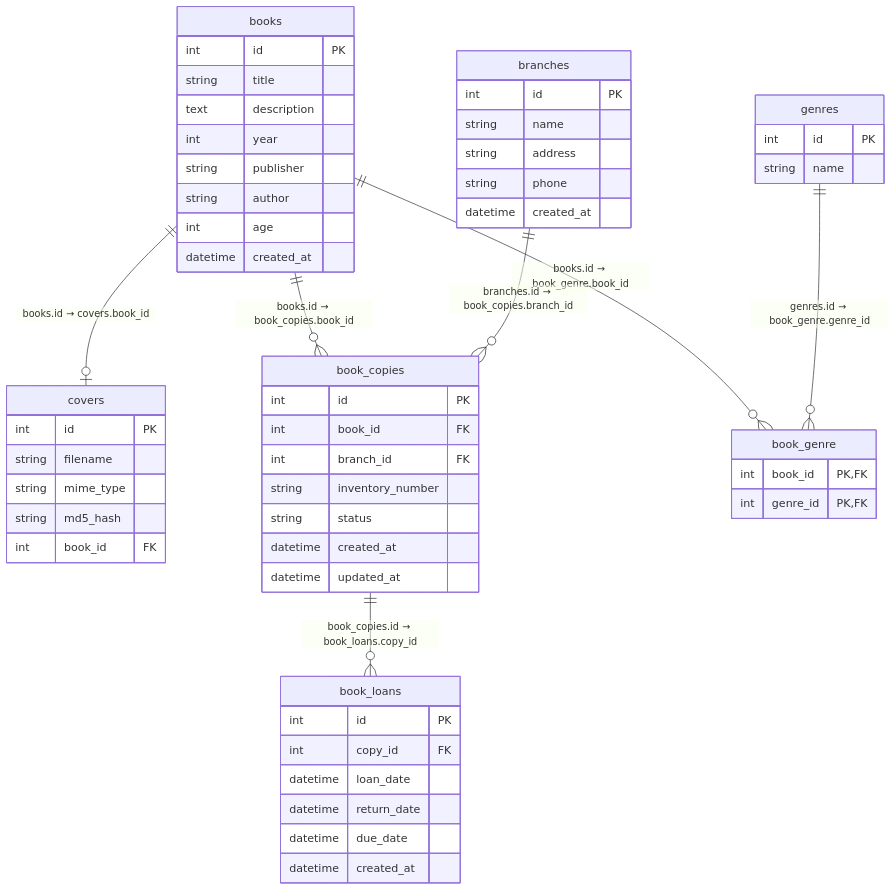
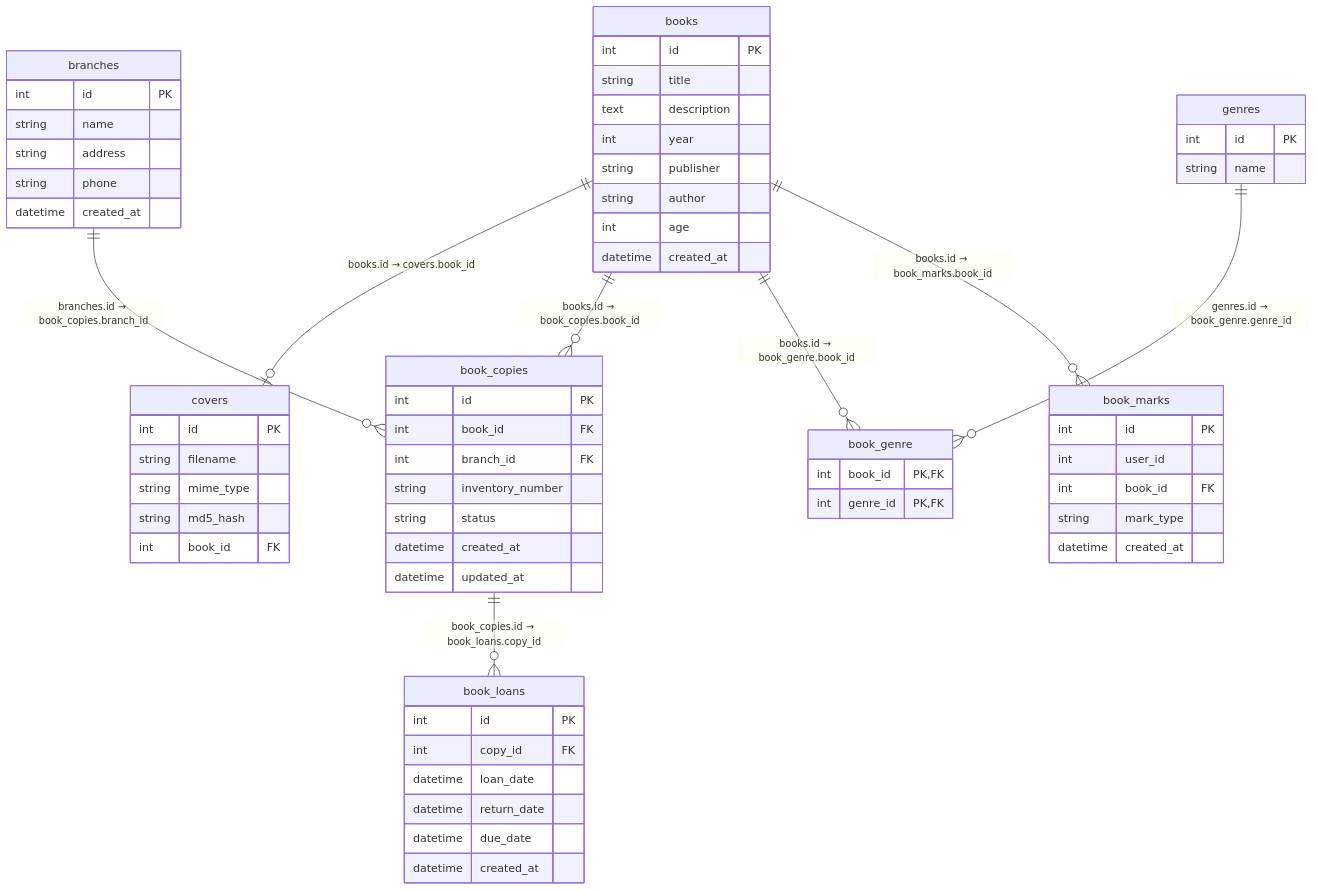
The first of 2 diagrams in README.md (KolesnikovaIrina412/DevOps), drawn with Mermaid before and after one commit. The commit also changed other lines of this file and 2 other files, not shown here.

````diff
--- a/README.md
+++ b/README.md
@@ -248,65 +288,74 @@
 ```mermaid
 erDiagram
     books ||--o| covers : "books.id → covers.book_id"
     books ||--o{ book_copies : "books.id → book_copies.book_id"
     books ||--o{ book_genre : "books.id → book_genre.book_id"
+    books ||--o{ book_marks : "books.id → book_marks.book_id"
     genres ||--o{ book_genre : "genres.id → book_genre.genre_id"
     branches ||--o{ book_copies : "branches.id → book_copies.branch_id"
     book_copies ||--o{ book_loans : "book_copies.id → book_loans.copy_id"
 
     books {
         int id PK
         string title
         text description
         int year
         string publisher
         string author
         int age
         datetime created_at
     }
 
     covers {
         int id PK
         string filename
         string mime_type
         string md5_hash
         int book_id FK
     }
 
     genres {
         int id PK
         string name
     }
 
     book_genre {
         int book_id PK, FK
         int genre_id PK, FK
     }
 
     branches {
         int id PK
         string name
         string address
         string phone
         datetime created_at
     }
 
     book_copies {
         int id PK
         int book_id FK
         int branch_id FK
         string inventory_number
         string status
         datetime created_at
         datetime updated_at
     }
 
     book_loans {
         int id PK
         int copy_id FK
         datetime loan_date
         datetime return_date
         datetime due_date
         datetime created_at
     }
+
+    book_marks {
+        int id PK
+        int user_id
+        int book_id FK
+        string mark_type
+        datetime created_at
+    }
 ```
````
